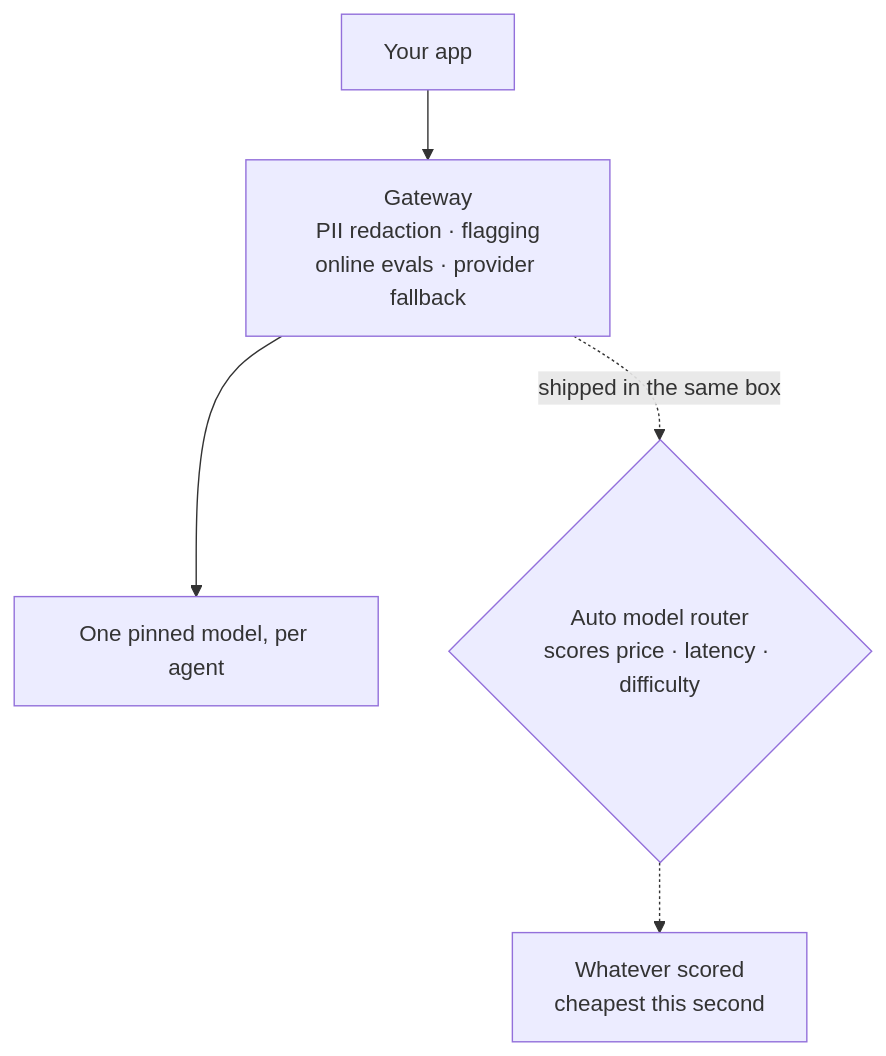
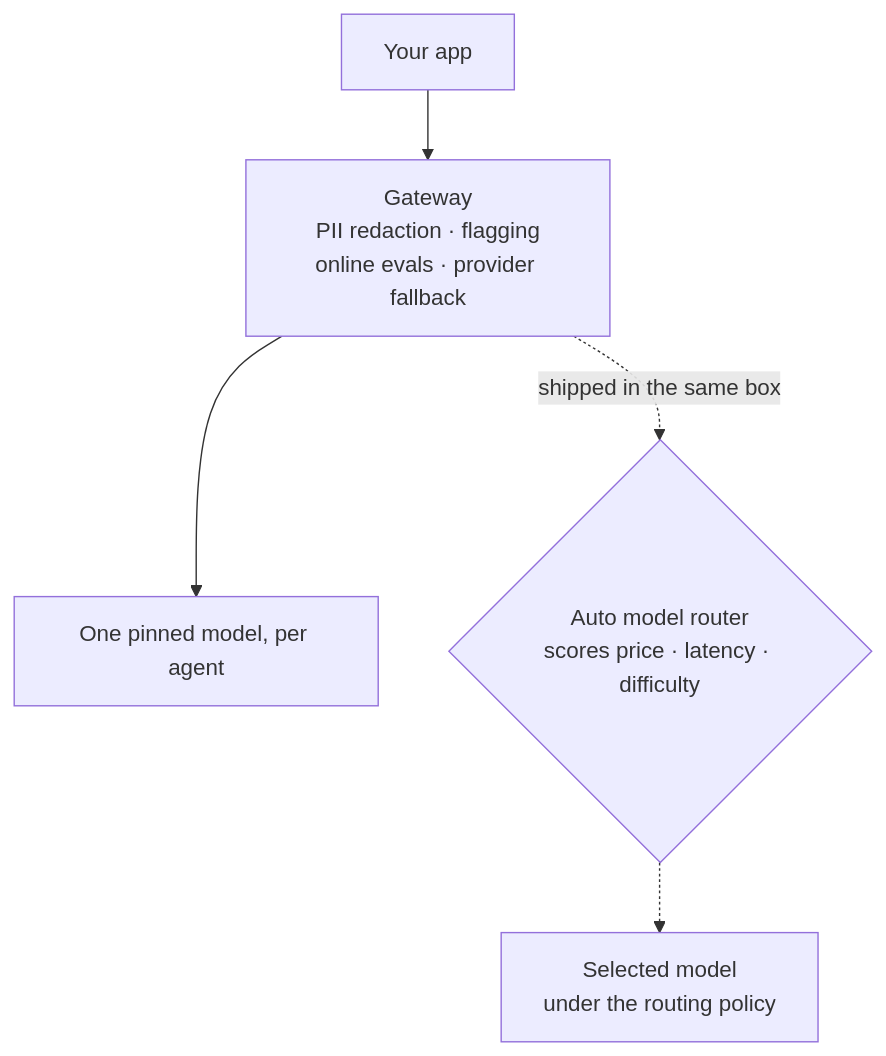
The first of 3 diagrams in src/blog/to-route-or-not-to-route.md (urmzd/urmzd.com), drawn with Mermaid before and after one commit. The commit also changed other lines of this file and 1 other file, not shown here.

Commit message:
docs(blog): ground routing in specialized agents and harness evaluation

````diff
--- a/src/blog/to-route-or-not-to-route.md
+++ b/src/blog/to-route-or-not-to-route.md
@@ -18,7 +18,7 @@
 ```mermaid
 flowchart TD
     App[Your app] --> GW["Gateway<br/>PII redaction · flagging<br/>online evals · provider fallback"]
     GW --> Pin["One pinned model, per agent"]
     GW -. "shipped in the same box" .-> RT{"Auto model router<br/>scores price · latency · difficulty"}
-    RT -.-> Any[Whatever scored<br/>cheapest this second]
+    RT -.-> Any[Selected model<br/>under the routing policy]
 ```
````
